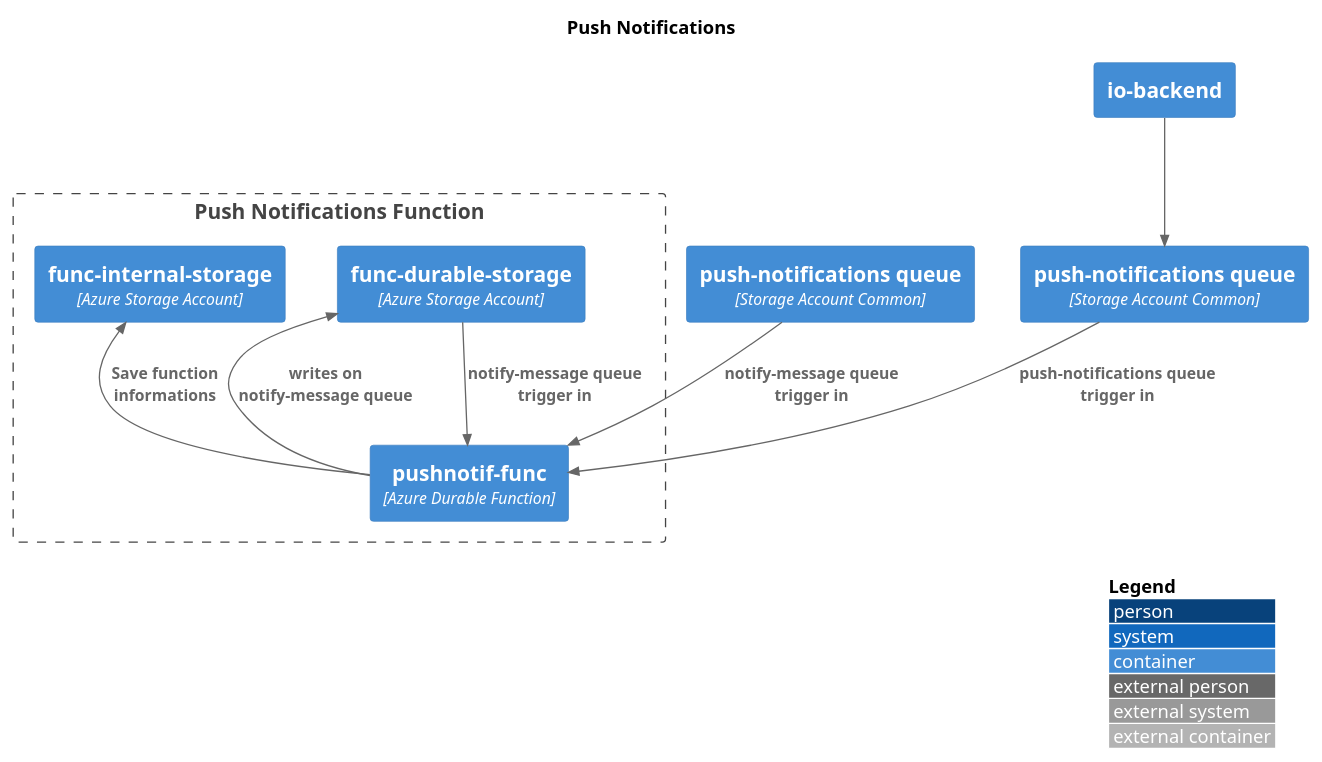
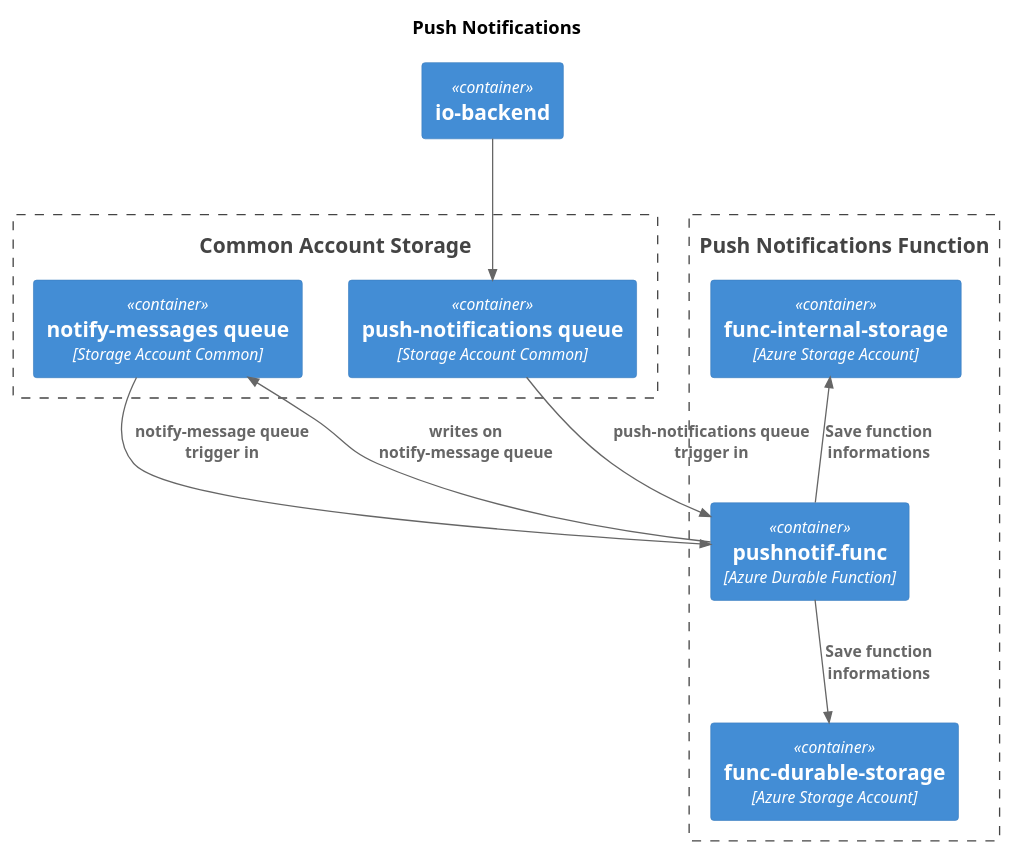
One commit to pagopa/io-messages changed the diagram in apps/pushnotif-func/docs/push-notifications-components.puml. Above: the diagram before and after it, drawn with PlantUML.

```diff
--- a/apps/pushnotif-func/docs/push-notifications-components.puml
+++ b/apps/pushnotif-func/docs/push-notifications-components.puml
@@ -1,29 +1,31 @@
 @startuml push-notifications
 !include <C4/C4_Component>
 !include <C4/C4_Context>
 !include <C4/C4_Container>
 
-LAYOUT_WITH_LEGEND()
-
 title Push Notifications
 
-Boundary(io, "Push Notifications Function") {
+Boundary(io_com_push_func, "Push Notifications Function") {
     Container(pushNotifFunc, "pushnotif-func", "Azure Durable Function")
     Container(internalStorage, "func-internal-storage", "Azure Storage Account")
     Container(durableStorage, "func-durable-storage", "Azure Storage Account")
 }
 
-Container(pushNotifQueue, "push-notifications queue", "Storage Account Common")
-Container(notifMessageQueue, "push-notifications queue", "Storage Account Common")
+Boundary(io_com_account, "Common Account Storage") {
+    Container(pushNotifQueue, "push-notifications queue", "Storage Account Common")
+    Container(notifMessageQueue, "notify-messages queue", "Storage Account Common")
+}
+
+Rel_D(notifMessageQueue, pushNotifFunc, "notify-message queue trigger in")
+Rel_U(pushNotifFunc, notifMessageQueue, "writes on notify-message queue")
 
 Rel_U(pushNotifFunc, internalStorage, "Save function informations")
-Rel_U(pushNotifFunc, durableStorage, "writes on notify-message queue")
-Rel_D(durableStorage, pushNotifFunc, "notify-message queue trigger in")
+Rel_D(pushNotifFunc, durableStorage,  "Save function informations")
 
 Container(iobackend, "io-backend")
 
 
 Rel_D(iobackend, pushNotifQueue, "")
 Rel_D(pushNotifQueue, pushNotifFunc, "push-notifications queue trigger in")
-Rel_D(notifMessageQueue, pushNotifFunc, "notify-message queue trigger in")
+
 @enduml
```
